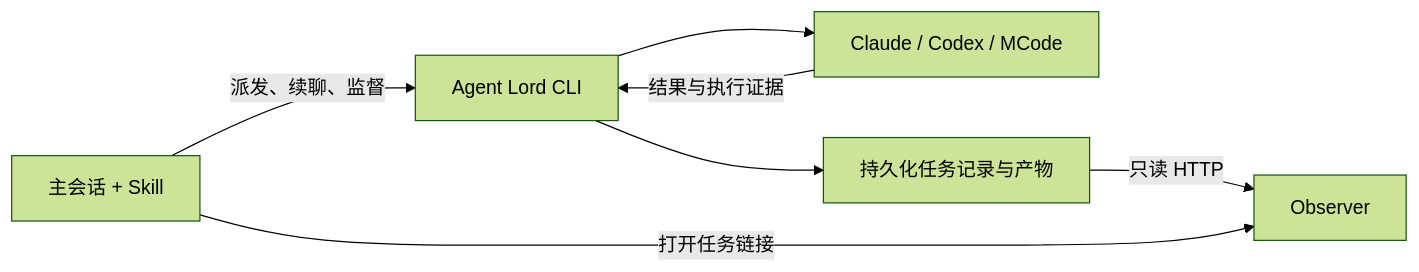
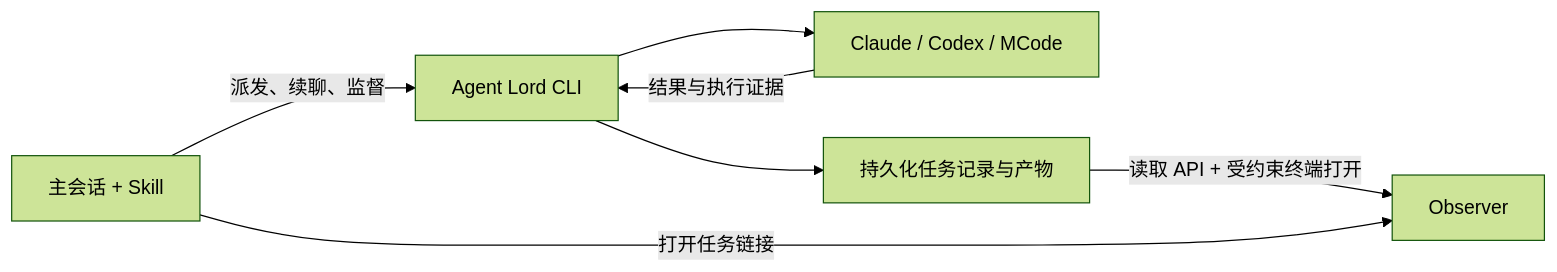
The diagram in README.zh-CN.md (coder-xieshijie/agent-lord), drawn with Mermaid (forest theme) before and after one commit. The commit also changed other lines of this file and 17 other files, not shown here.

````diff
--- a/README.zh-CN.md
+++ b/README.zh-CN.md
@@ -87,9 +87,9 @@
 ```mermaid
 flowchart LR
     A["主会话 + Skill"] -->|派发、续聊、监督| B["Agent Lord CLI"]
     B --> C["Claude / Codex / MCode"]
     C -->|结果与执行证据| B
     B --> D["持久化任务记录与产物"]
-    D -->|只读 HTTP| E["Observer"]
+    D -->|读取 API + 受约束终端打开| E["Observer"]
     A -->|打开任务链接| E
 ```
````
